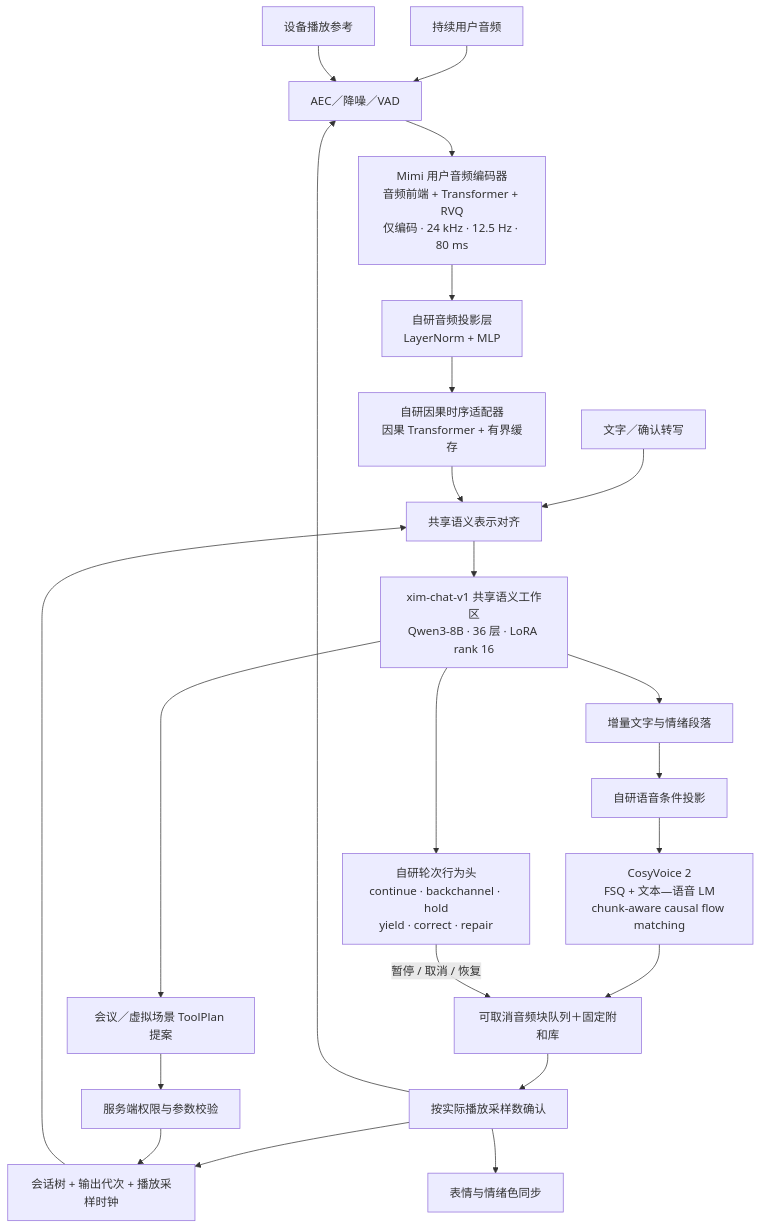
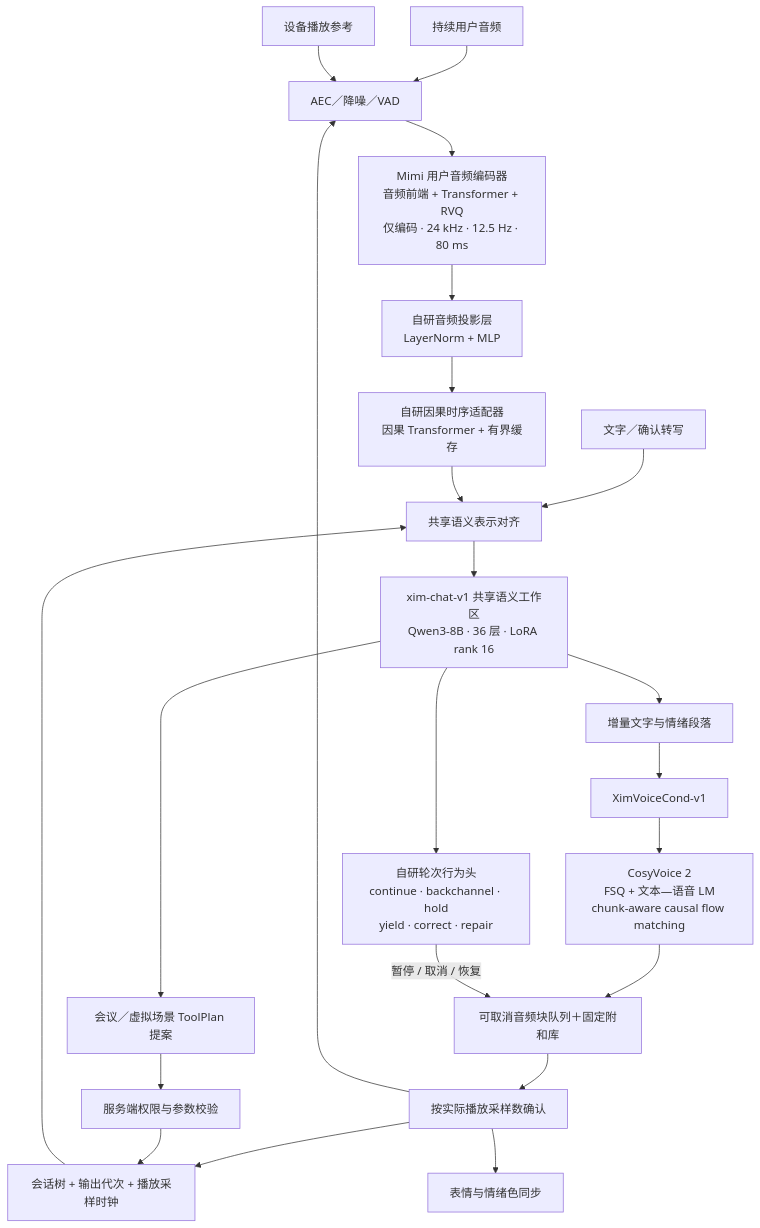
Before and after one commit to wuki-creator/Xim-duplex: the fifth of 6 diagrams in docs/MODEL_FLOW.md, drawn with Mermaid. The commit also changed other lines of this file and 3 other files, not shown here.

Commit message:
docs: define XimVoiceCond-v1 architecture

````diff
--- a/docs/MODEL_FLOW.md
+++ b/docs/MODEL_FLOW.md
@@ -123,25 +123,25 @@
 ```mermaid
 flowchart TD
     AUDIO[持续用户音频] --> AEC[AEC／降噪／VAD]
     REF[设备播放参考] --> AEC
     AEC --> MIMI[Mimi 用户音频编码器<br/>音频前端 + Transformer + RVQ<br/>仅编码 · 24 kHz · 12.5 Hz · 80 ms]
     MIMI --> PROJ[自研音频投影层<br/>LayerNorm + MLP]
     PROJ --> ADAPT[自研因果时序适配器<br/>因果 Transformer + 有界缓存]
     TEXT[文字／确认转写] --> ALIGN[共享语义表示对齐]
     ADAPT --> ALIGN
     STATE[会话树 + 输出代次 + 播放采样时钟] --> ALIGN
     ALIGN --> XIM[xim-chat-v1 共享语义工作区<br/>Qwen3-8B · 36 层 · LoRA rank 16]
     XIM --> POLICY[自研轮次行为头<br/>continue · backchannel · hold<br/>yield · correct · repair]
     XIM --> SEG[增量文字与情绪段落]
-    SEG --> VPROJ[自研语音条件投影]
+    SEG --> VPROJ[XimVoiceCond-v1]
     VPROJ --> CV2[CosyVoice 2<br/>FSQ + 文本—语音 LM<br/>chunk-aware causal flow matching]
     CV2 --> PLAY[可取消音频块队列＋固定附和库]
     PLAY --> ACK[按实际播放采样数确认]
     ACK --> STATE
     ACK --> AEC
     ACK --> FACE[表情与情绪色同步]
     POLICY -->|暂停 / 取消 / 恢复| PLAY
     XIM --> PLAN[会议／虚拟场景 ToolPlan 提案]
     PLAN --> CHECK[服务端权限与参数校验]
     CHECK --> STATE
 ```
````
